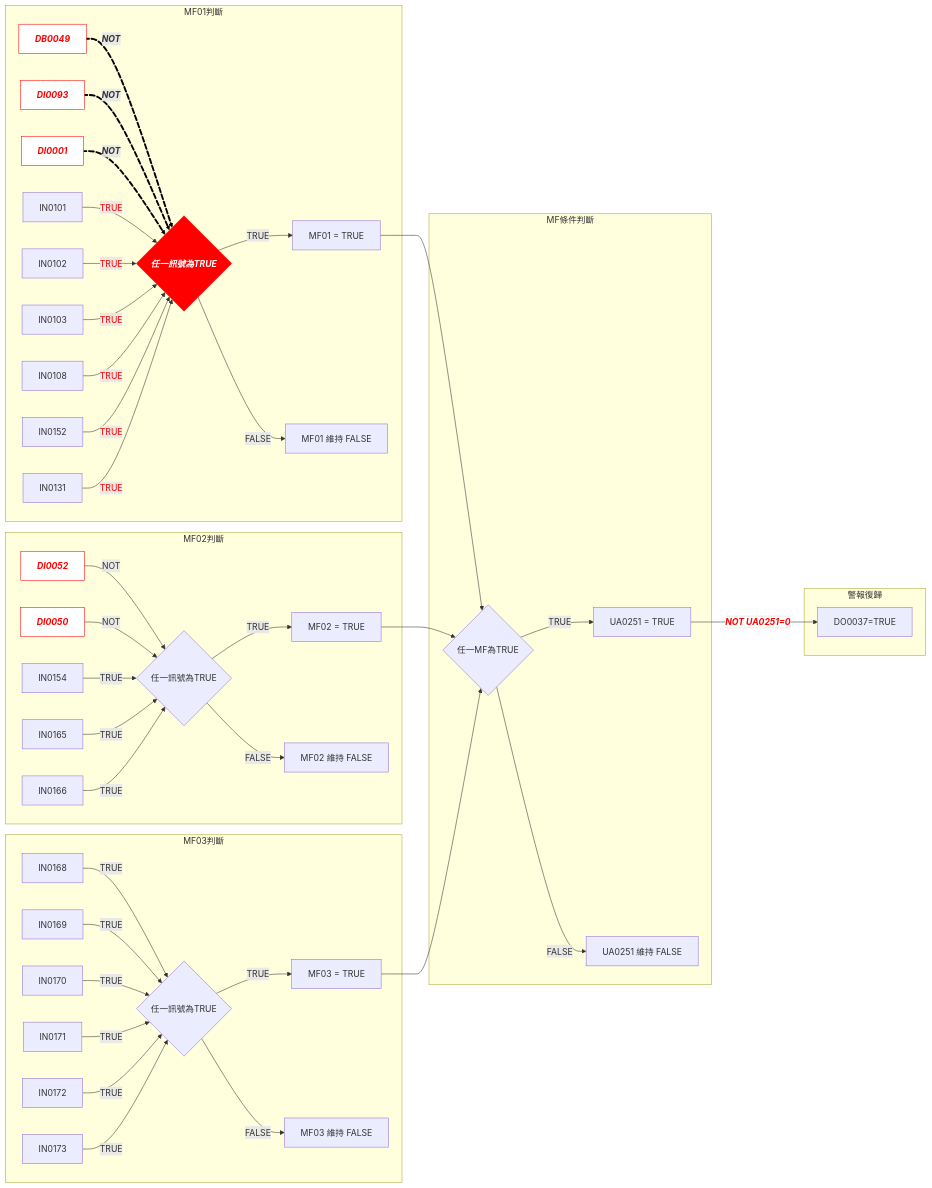
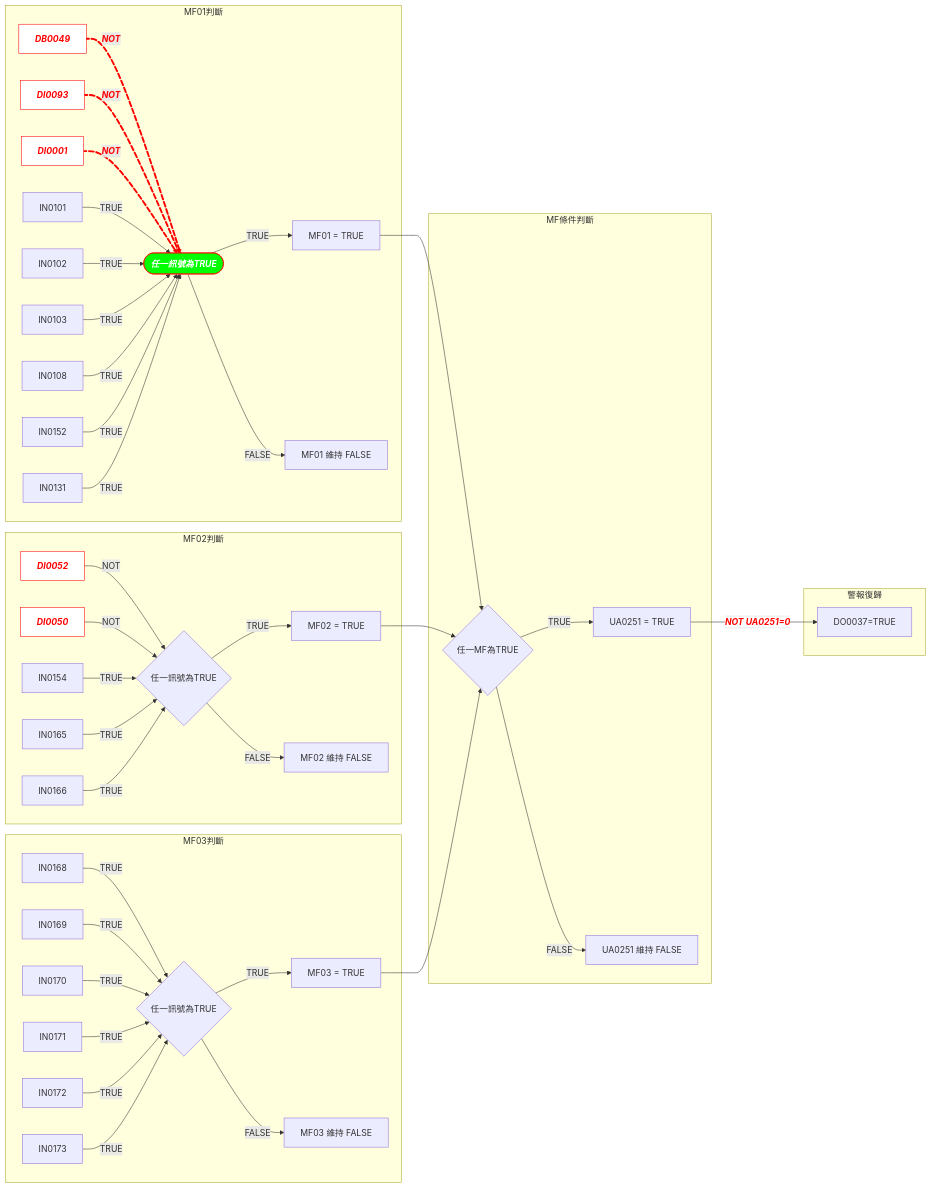
The first of 2 diagrams in docs/DCS/Hitachi/Control-logic-mermaid.md (HachiTsai/DCS-learning), drawn with Mermaid before and after one commit. The commit also changed 1 other file, not shown here.

Commit message:
fixed mermaid settings

````diff
--- a/docs/DCS/Hitachi/Control-logic-mermaid.md
+++ b/docs/DCS/Hitachi/Control-logic-mermaid.md
@@ -5,62 +5,61 @@
 ```mermaid
 flowchart LR
     subgraph MF01判斷
-        A1[DB0049]  z1@==>|"NOT"| C1{任一訊號為TRUE}
+        A1[DB0049]  z1@==>|"NOT"| C1([任一訊號為TRUE])
          z1@{ animate: true}
         B1[DI0093] z2@==>|"NOT"| C1
          z2@{ animate: true}
         D1[DI0001] z3@==>|"NOT"| C1
          z3@{ animate: true}
-         linkStyle 0,1,2 stroke:black,font-style:italic, font-weight:bold 
+         linkStyle 0,1,2 stroke:red,font-style:italic, font-weight:bold, color:#f00
         G1[IN0101] -->|TRUE| C1
         H1[IN0102] -->|TRUE| C1
         I1[IN0103] -->|TRUE| C1
         L1[IN0108] -->|TRUE| C1
         J1[IN0152] -->|TRUE| C1
         K1[IN0131] -->|TRUE| C1
-         linkStyle 3,4,5,6,7,8 color:red
         C1 -->|TRUE| E1[MF01 = TRUE]
         C1 -->|FALSE| F1[MF01 維持 FALSE]
          classDef redBold fill:#fff,stroke:#f00,color:#f00,font-weight:bold,font-style:italic
          class A1,B1,D1 redBold
-         classDef whiteBold fill:#f00,stroke:#f00,color:#fff,font-weight:bold,font-style:italic
-         class C1 whiteBold
+         classDef GreenBold fill:#0f0,stroke:#f00,color:#fff,font-weight:bold,font-style:italic
+         class C1 GreenBold
     end
 
     subgraph MF02判斷
         A2[DI0052] -->|NOT| C2        
         B2[DI0050] -->|NOT| C2
         G2[IN0154] -->|TRUE| C2
         H2[IN0165] -->|TRUE| C2
         I2[IN0166] -->|TRUE| C2
         C2{任一訊號為TRUE} -->|TRUE| E2[MF02 = TRUE]
         C2 -->|FALSE| F2[MF02 維持 FALSE]
 
 
         classDef redBold fill:#fff,stroke:#f00,color:#f00,font-weight:bold,font-style:italic
         class A2,B2 redBold
     end
 
     subgraph MF03判斷
         A3[IN0168] -->|TRUE| C3
         B3[IN0169] -->|TRUE| C3
         D3[IN0170] -->|TRUE| C3
         G3[IN0171] -->|TRUE| C3
         H3[IN0172] -->|TRUE| C3
         I3[IN0173] -->|TRUE| C3
         C3{任一訊號為TRUE} -->|TRUE| E3[MF03 = TRUE]
         C3 -->|FALSE| F3[MF03 維持 FALSE]
     end
 
     subgraph MF條件判斷
         E1 --> C4{任一MF為TRUE}
         E2 --> C4
         E3 --> C4
         C4 -->|TRUE| K4[UA0251 = TRUE]
         C4 -->|FALSE| K5[UA0251 維持 FALSE]
     end
 
     subgraph 警報復歸
         K4 -->|"<font color='red' style='background-color:white;font-style:italic; font-weight:bold'>NOT UA0251=0</font>"| B4[DO0037=TRUE]
     end
 ```
````
